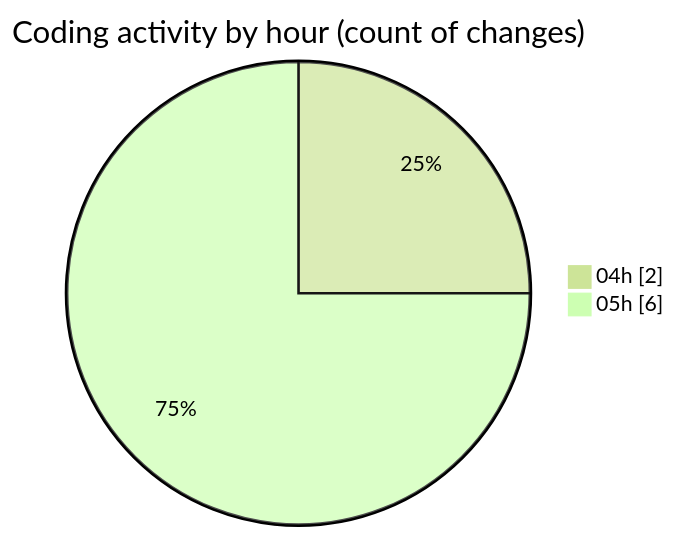
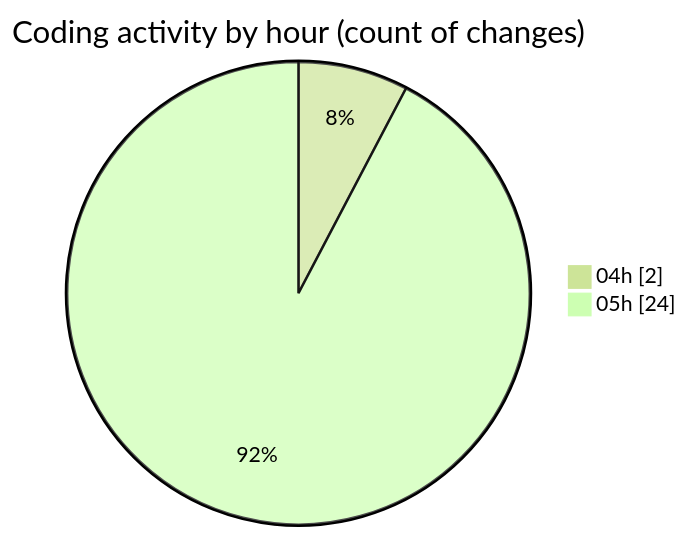
The second of 2 diagrams in 2024-12-31/nyah/README.md (3Nya3/code-tracking), drawn with Mermaid (forest theme) before and after one commit. The commit also changed other lines of this file and 1 other file, not shown here.

````diff
--- a/2024-12-31/nyah/README.md
+++ b/2024-12-31/nyah/README.md
@@ -30,6 +32,6 @@
 ```mermaid
 pie showData
 title Coding activity by hour (count of changes)
 "04h" : 2
-"05h" : 6
+"05h" : 24
 ```
````
